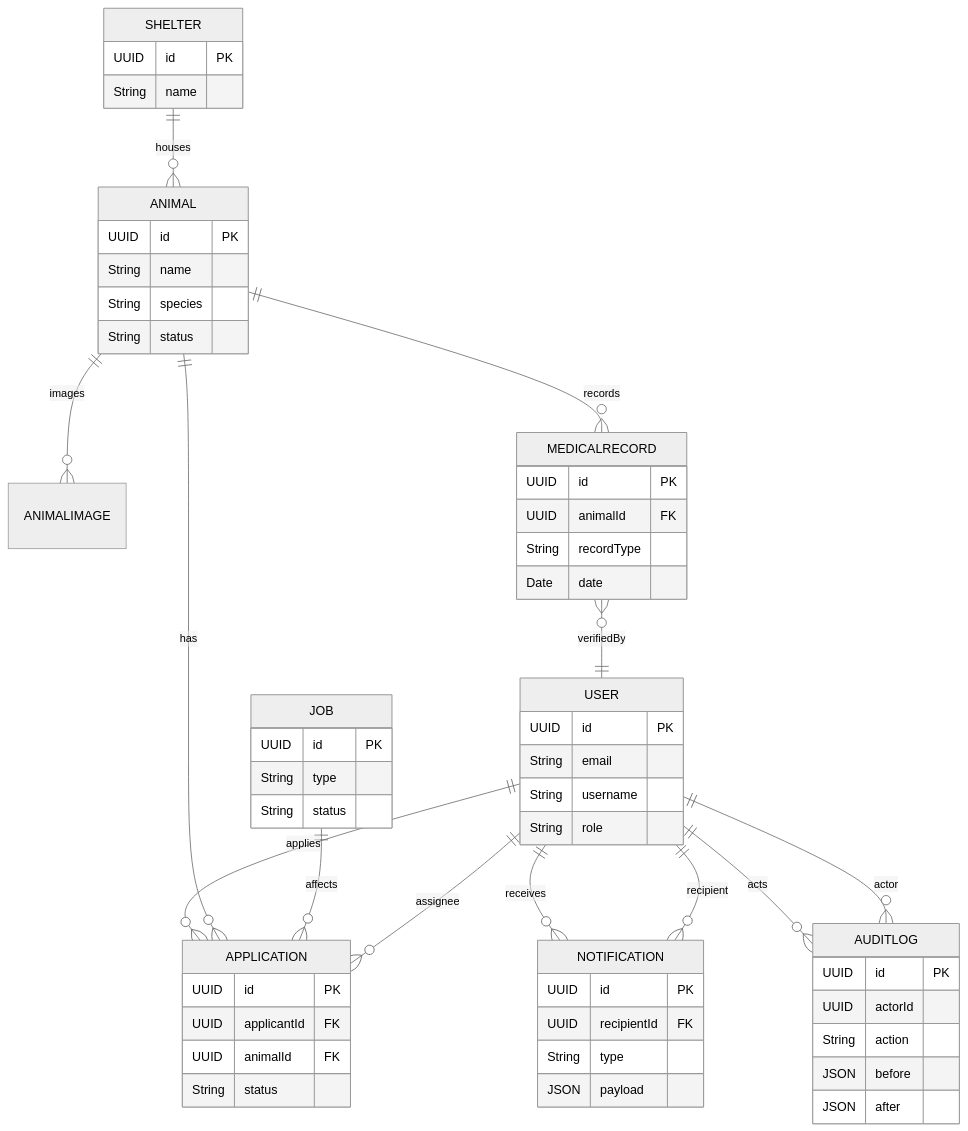
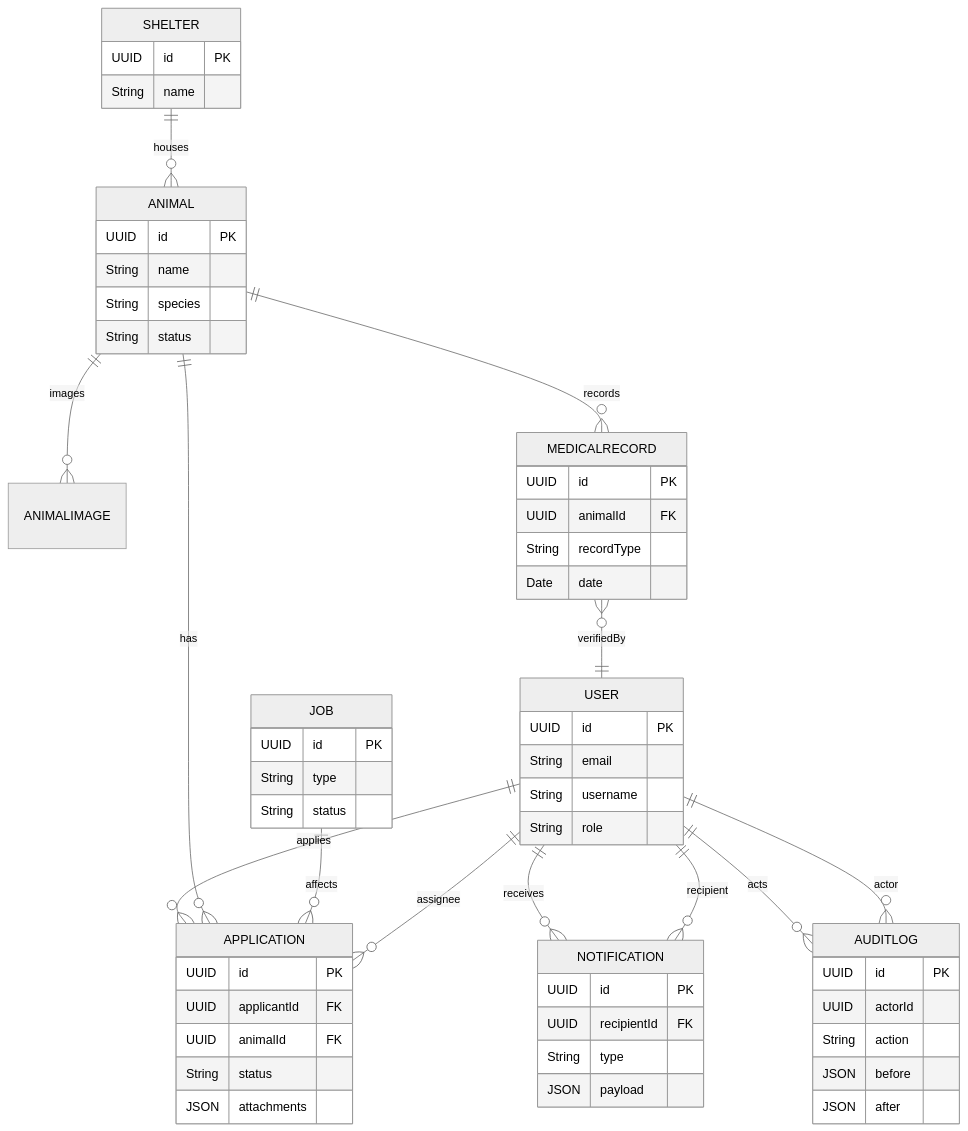
One commit to yeepop/SoftwareEngineeringProject changed the first of 3 diagrams in specs/002-title-description-project/erd.md. Above: the diagram before and after it, drawn with Mermaid (neutral theme). The commit also changed other lines of this file and 15 other files, not shown here.

````diff
--- a/specs/002-title-description-project/erd.md
+++ b/specs/002-title-description-project/erd.md
@@ -154,63 +203,64 @@
 ```mermaid
 erDiagram
     USER ||--o{ APPLICATION : applies
     USER ||--o{ NOTIFICATION : receives
     USER ||--o{ AUDITLOG : acts
     SHELTER ||--o{ ANIMAL : houses
     ANIMAL ||--o{ APPLICATION : has
     ANIMAL ||--o{ ANIMALIMAGE : images
     ANIMAL ||--o{ MEDICALRECORD : records
     APPLICATION }o--|| USER : assignee
     MEDICALRECORD }o--|| USER : verifiedBy
     JOB ||--o{ APPLICATION : affects
     AUDITLOG }o--|| USER : actor
     NOTIFICATION }o--|| USER : recipient
 
     USER {
       UUID id PK
       String email
       String username
       String role
     }
     SHELTER {
       UUID id PK
       String name
     }
     ANIMAL {
       UUID id PK
       String name
       String species
       String status
     }
     APPLICATION {
       UUID id PK
       UUID applicantId FK
       UUID animalId FK
       String status
+      JSON attachments
     }
     MEDICALRECORD {
       UUID id PK
       UUID animalId FK
       String recordType
       Date date
     }
     NOTIFICATION {
       UUID id PK
       UUID recipientId FK
       String type
       JSON payload
     }
     JOB {
       UUID id PK
       String type
       String status
     }
     AUDITLOG {
       UUID id PK
       UUID actorId
       String action
       JSON before
       JSON after
     }
 
 ```
````
